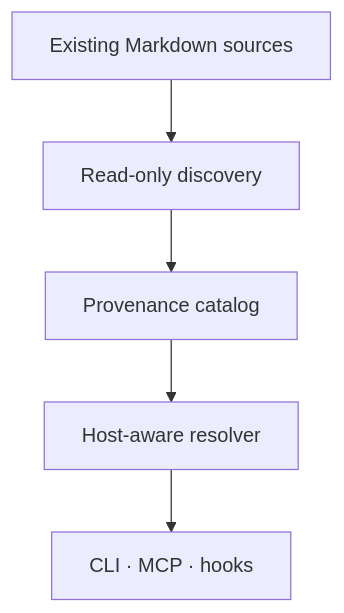
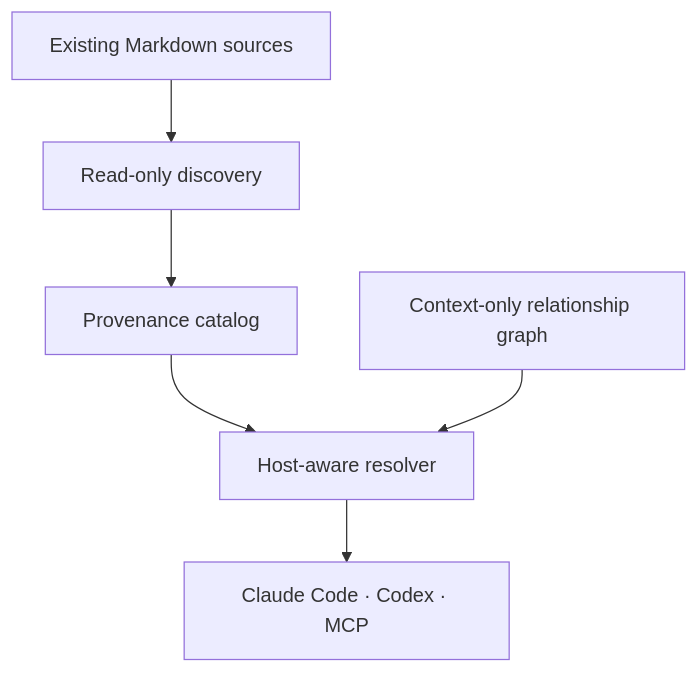
The first of 2 diagrams in README.md (Maykbiletti/AgentSpine), drawn with Mermaid before and after one commit. The commit also changed other lines of this file and 28 other files, not shown here.

````diff
--- a/README.md
+++ b/README.md
@@ -30,7 +30,8 @@
 ```mermaid
 flowchart TB
     A["Existing Markdown sources"] --> B["Read-only discovery"]
     B --> C["Provenance catalog"]
     C --> D["Host-aware resolver"]
-    D --> E["CLI · MCP · hooks"]
+    F["Context-only relationship graph"] --> D
+    D --> E["Claude Code · Codex · MCP"]
 ```
````
